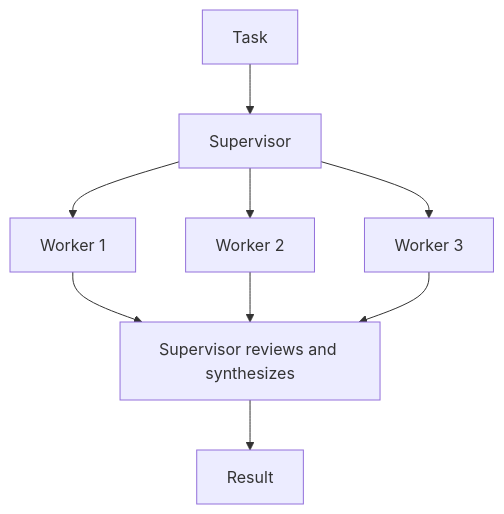
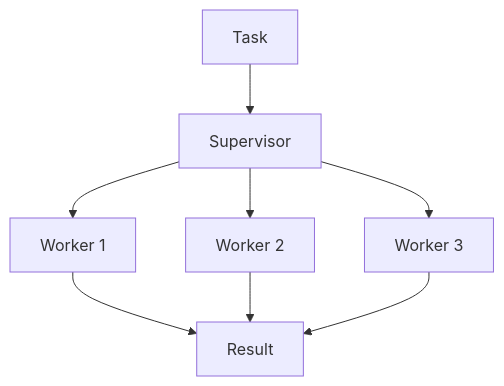
Before and after one commit to The-Swarm-Corporation/swarms-api-docs: the diagram in docs/documentation/multi-agent/hierarchical_swarm.mdx, drawn with Mermaid. The commit also changed other lines of this file and 3 other files, not shown here.

````diff
--- a/docs/documentation/multi-agent/hierarchical_swarm.mdx
+++ b/docs/documentation/multi-agent/hierarchical_swarm.mdx
@@ -20,11 +20,10 @@
 ```mermaid
 flowchart TD
     T["Task"] --> S["Supervisor"]
     S --> W1["Worker 1"]
     S --> W2["Worker 2"]
     S --> W3["Worker 3"]
-    W1 --> V["Supervisor reviews and synthesizes"]
-    W2 --> V
-    W3 --> V
-    V --> O["Result"]
+    W1 --> O["Result"]
+    W2 --> O
+    W3 --> O
 ```
````
